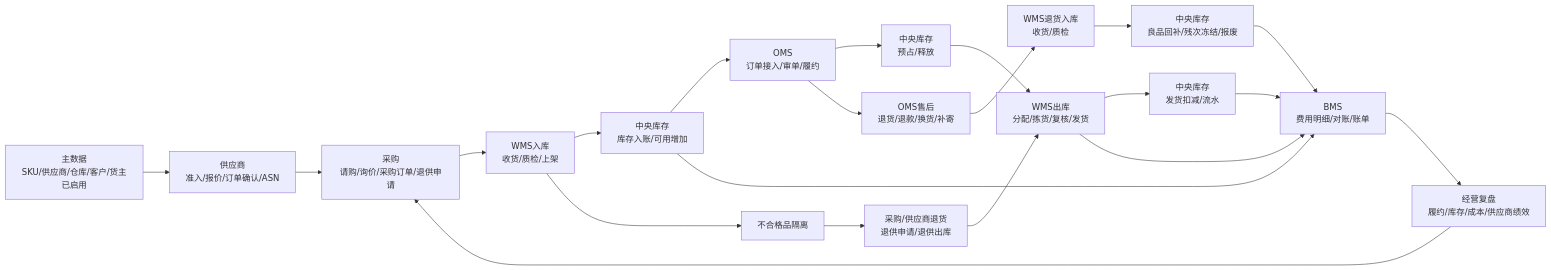
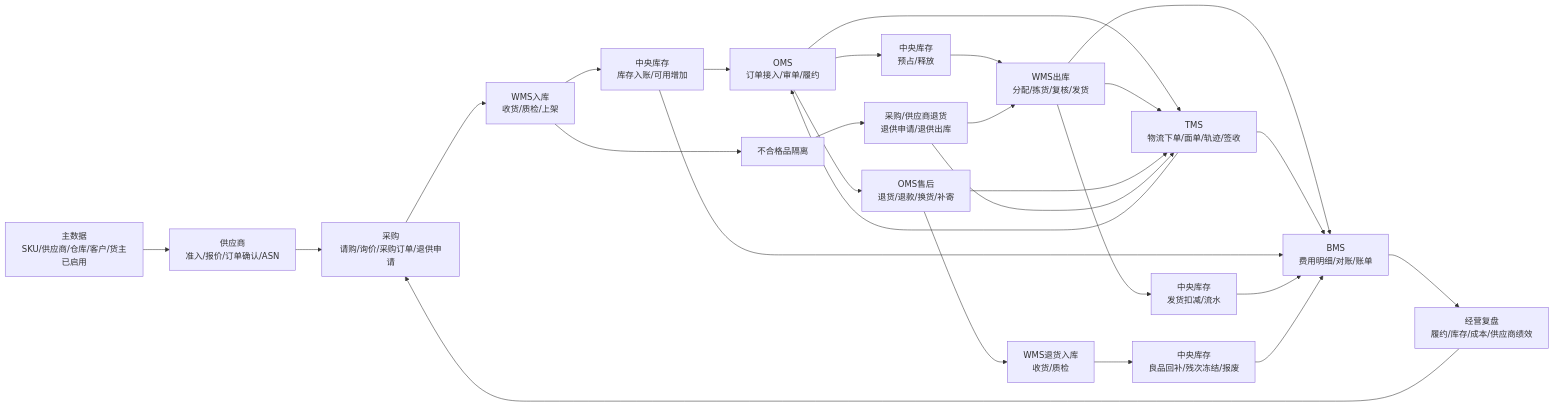
Before and after one commit to chao1927/scm: the first of 2 diagrams in docs/01-业务总览/01-供应链系统业务总览.md, drawn with Mermaid. The commit also changed other lines of this file and 118 other files, not shown here.

````diff
--- a/docs/01-业务总览/01-供应链系统业务总览.md
+++ b/docs/01-业务总览/01-供应链系统业务总览.md
@@ -60,25 +53,31 @@
 ```mermaid
 flowchart LR
   MDM["主数据<br/>SKU/供应商/仓库/客户/货主已启用"] --> SUP["供应商<br/>准入/报价/订单确认/ASN"]
   SUP --> PUR["采购<br/>请购/询价/采购订单/退供申请"]
   PUR --> WIN["WMS入库<br/>收货/质检/上架"]
   WIN --> INVIN["中央库存<br/>库存入账/可用增加"]
   INVIN --> OMS["OMS<br/>订单接入/审单/履约"]
   OMS --> RES["中央库存<br/>预占/释放"]
   RES --> WOUT["WMS出库<br/>分配/拣货/复核/发货"]
+  OMS --> TMS["TMS<br/>物流下单/面单/轨迹/签收"]
+  WOUT --> TMS
+  TMS --> OMS
   WOUT --> INVOUT["中央库存<br/>发货扣减/流水"]
   WOUT --> BMS["BMS<br/>费用明细/对账/账单"]
+  TMS --> BMS
   INVIN --> BMS
   INVOUT --> BMS
   BMS --> REPORT["经营复盘<br/>履约/库存/成本/供应商绩效"]
   REPORT --> PUR
 
   OMS --> AFTER["OMS售后<br/>退货/退款/换货/补寄"]
+  AFTER --> TMS
   AFTER --> RIN["WMS退货入库<br/>收货/质检"]
   RIN --> RETINV["中央库存<br/>良品回补/残次冻结/报废"]
   RETINV --> BMS
 
   WIN --> BAD["不合格品隔离"]
   BAD --> RTV["采购/供应商退货<br/>退供申请/退供出库"]
   RTV --> WOUT
+  RTV --> TMS
 ```
````
